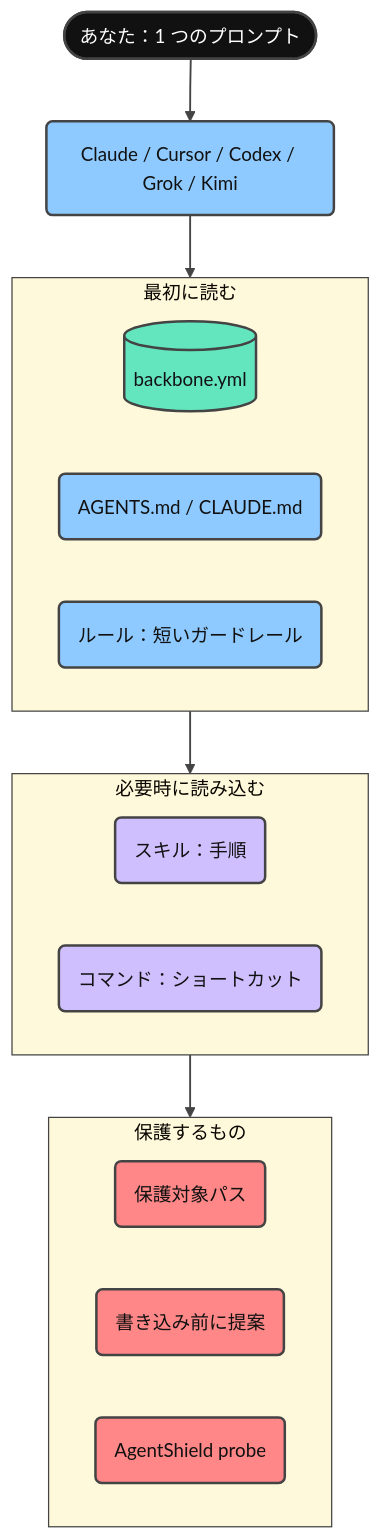
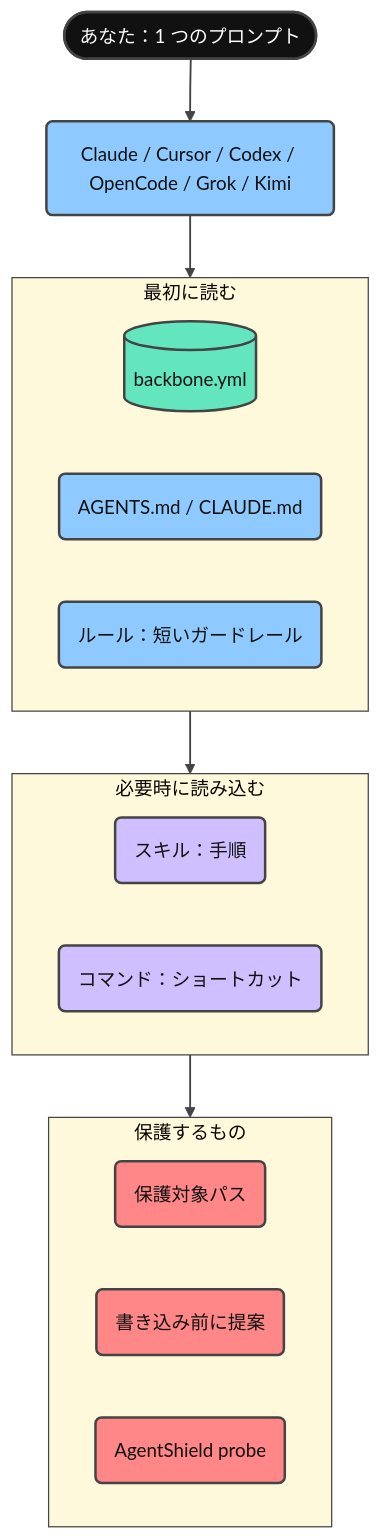
One commit to giang6283623/minimal-vibe-coding-kit changed the second of 10 diagrams in docs/README.ja.md. Above: the diagram before and after it, drawn with Mermaid. The commit also changed other lines of this file and 68 other files, not shown here.

Commit message:
fix: harden auto mode orchestration and support open code for v0.5.9

````diff
--- a/docs/README.ja.md
+++ b/docs/README.ja.md
@@ -161,51 +163,51 @@
 ```mermaid
 ---
 config:
   theme: base
   themeVariables:
     fontFamily: cascadia mono, consolas, noto sans mono, menlo, monospace
     fontSize: 15px
     lineColor: "#444444"
     textColor: "#111111"
     edgeLabelBackground: "#FFFFFF"
     clusterBkg: "#FFF9DB"
     clusterBorder: "#444444"
 ---
 flowchart TD
-    You([あなた：1 つのプロンプト]) --> Agent("Claude / Cursor / Codex / Grok / Kimi")
+    You([あなた：1 つのプロンプト]) --> Agent("Claude / Cursor / Codex / OpenCode / Grok / Kimi")
 
     subgraph First["最初に読む"]
         Backbone[("backbone.yml")]
         Docs("AGENTS.md / CLAUDE.md")
         Rules("ルール：短いガードレール")
     end
 
     subgraph Demand["必要時に読み込む"]
         Skills("スキル：手順")
         Commands("コマンド：ショートカット")
     end
 
     subgraph Guard["保護するもの"]
         Protected("保護対象パス")
         Propose("書き込み前に提案")
         Shield("AgentShield probe")
     end
 
     Agent --> First
     First --> Demand
     Demand --> Guard
 
     classDef terminal fill:#111111,stroke:#444444,stroke-width:2px,color:#FFFFFF
     classDef step fill:#8ECAFF,stroke:#444444,stroke-width:2px,color:#111111
     classDef data fill:#63E6BE,stroke:#444444,stroke-width:2px,color:#111111
     classDef accent fill:#D0BFFF,stroke:#444444,stroke-width:2px,color:#111111
     classDef danger fill:#FF8787,stroke:#444444,stroke-width:2px,color:#111111
     linkStyle default stroke:#444444,stroke-width:1.5px
 
     class You terminal
     class Agent step
     class Backbone data
     class Docs,Rules step
     class Skills,Commands accent
     class Protected,Propose,Shield danger
 ```
````
